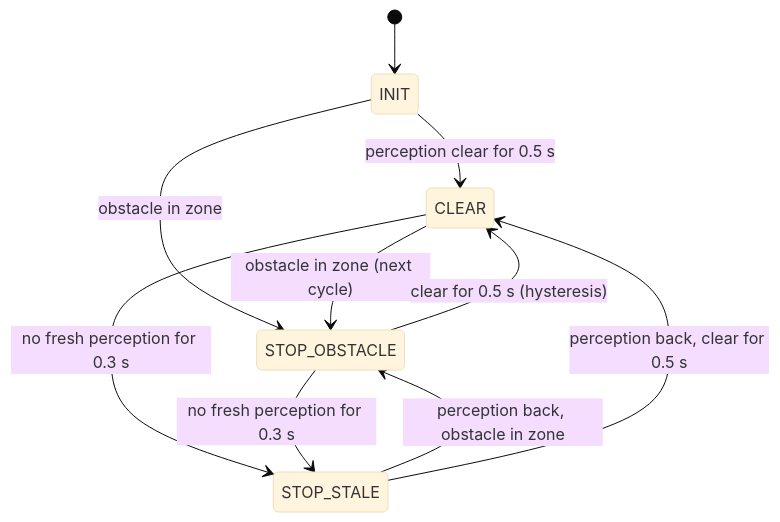
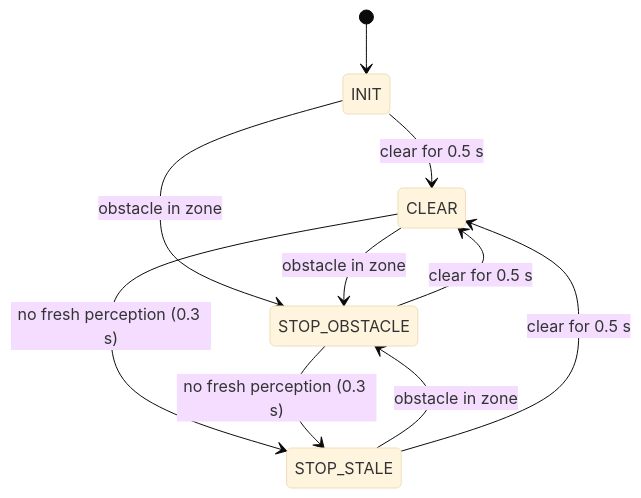
One commit to kavinaya2808/ros2-vision-safety-system changed the second of 2 diagrams in README.md. Above: the diagram before and after it, drawn with Mermaid (base theme). The commit also changed other lines of this file and 17 other files, not shown here.

````diff
--- a/README.md
+++ b/README.md
@@ -117,12 +91,12 @@
 ```mermaid
 stateDiagram-v2
     [*] --> INIT
-    INIT --> CLEAR: perception clear for 0.5 s
+    INIT --> CLEAR: clear for 0.5 s
     INIT --> STOP_OBSTACLE: obstacle in zone
-    CLEAR --> STOP_OBSTACLE: obstacle in zone (next cycle)
-    STOP_OBSTACLE --> CLEAR: clear for 0.5 s (hysteresis)
-    CLEAR --> STOP_STALE: no fresh perception for 0.3 s
-    STOP_OBSTACLE --> STOP_STALE: no fresh perception for 0.3 s
-    STOP_STALE --> STOP_OBSTACLE: perception back, obstacle in zone
-    STOP_STALE --> CLEAR: perception back, clear for 0.5 s
+    CLEAR --> STOP_OBSTACLE: obstacle in zone
+    STOP_OBSTACLE --> CLEAR: clear for 0.5 s
+    CLEAR --> STOP_STALE: no fresh perception (0.3 s)
+    STOP_OBSTACLE --> STOP_STALE: no fresh perception (0.3 s)
+    STOP_STALE --> STOP_OBSTACLE: obstacle in zone
+    STOP_STALE --> CLEAR: clear for 0.5 s
 ```
````
